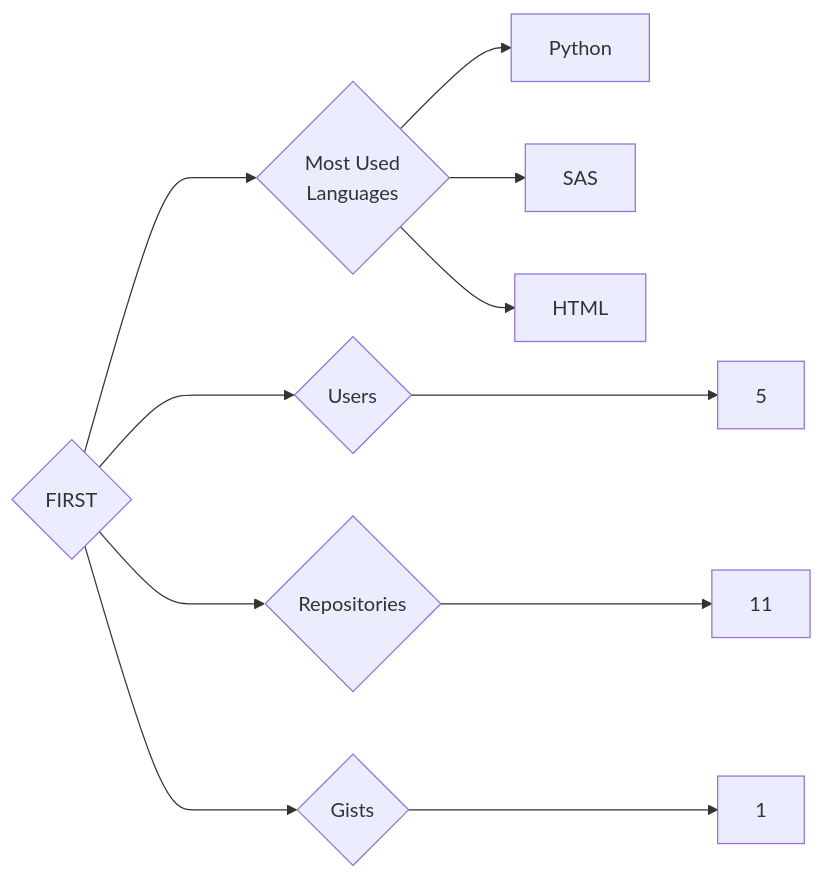
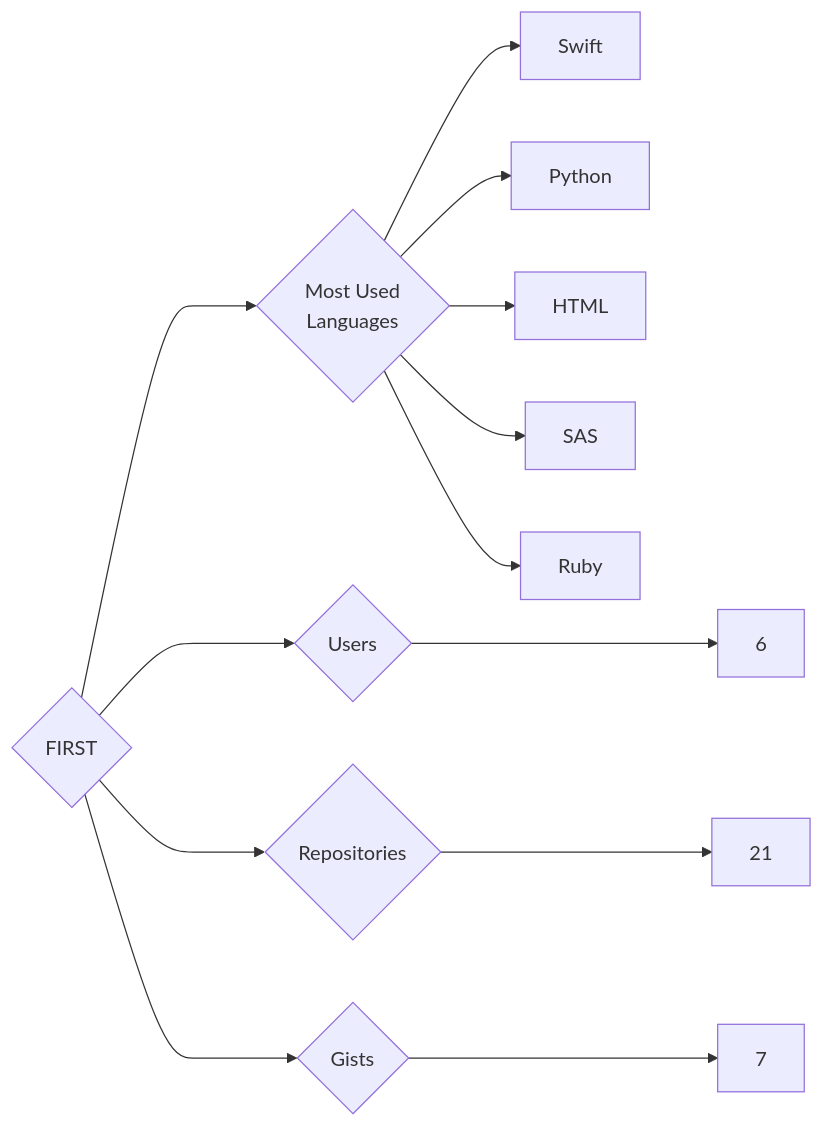
The diagram in targets/FIRST/README.md (trickest/insiders), drawn with Mermaid before and after one commit. The commit also changed 1030 other files, not shown here.

````diff
--- a/targets/FIRST/README.md
+++ b/targets/FIRST/README.md
@@ -3,11 +3,13 @@
 ```mermaid
 graph LR
 COMPANY_NAME{FIRST}
-COMPANY_NAME ---> U{Users} ---> UN[5]
-COMPANY_NAME ---> R{Repositories} ---> RN[11]
-COMPANY_NAME ---> G{Gists} ---> GN[1]
+COMPANY_NAME ---> U{Users} ---> UN[6]
+COMPANY_NAME ---> R{Repositories} ---> RN[21]
+COMPANY_NAME ---> G{Gists} ---> GN[7]
 COMPANY_NAME ---> ML{Most Used<br>Languages}
+ML --> Swift[Swift]
 ML --> Python[Python]
+ML --> HTML[HTML]
 ML --> SAS[SAS]
-ML --> HTML[HTML]
+ML --> Ruby[Ruby]
 ```
````
